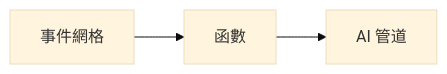
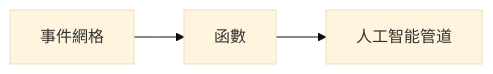
One commit to microsoft/AZD-for-beginners changed the second of 2 diagrams in translations/zh-HK/docs/chapter-08-production/README.md. Above: the diagram before and after it, drawn with Mermaid (base theme). The commit also changed other lines of this file and 104 other files, not shown here.

````diff
--- a/translations/zh-HK/docs/chapter-08-production/README.md
+++ b/translations/zh-HK/docs/chapter-08-production/README.md
@@ -56,4 +57,4 @@
 ```mermaid
 graph LR
-    EventGrid[事件網格] --> Functions[函數] --> Pipeline[AI 管道]
+    EventGrid[事件網格] --> Functions[函數] --> Pipeline[人工智能管道]
 ```
````
